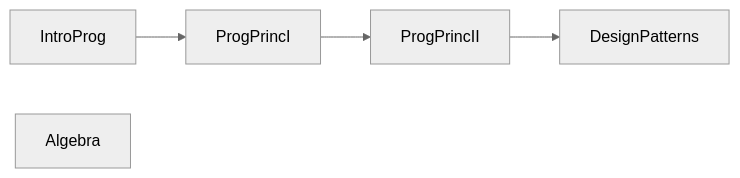
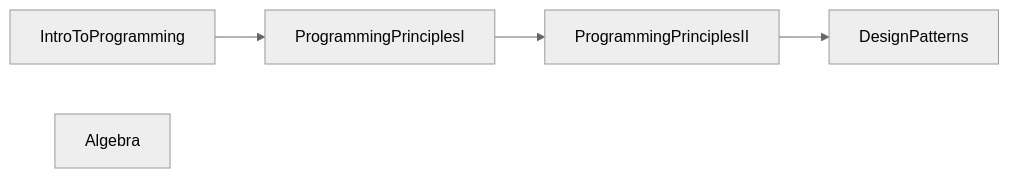
The first of 3 diagrams in README.md (BenagainB/CSDegreeInPython), drawn with Mermaid (neutral theme) before and after one commit. The commit also changed other lines of this file and 2 other files, not shown here.

Commit message:
added key concepts to Intro

````diff
--- a/README.md
+++ b/README.md
@@ -34,7 +34,7 @@
 ```mermaid
 graph LR;
-    IntroProg-->ProgPrincI;
-    ProgPrincI-->ProgPrincII;
-    ProgPrincII-->DesignPatterns;
+    IntroToProgramming-->ProgrammingPrinciplesI;
+    ProgrammingPrinciplesI-->ProgrammingPrinciplesII;
+    ProgrammingPrinciplesII-->DesignPatterns;
     Algebra;
 ```
````
